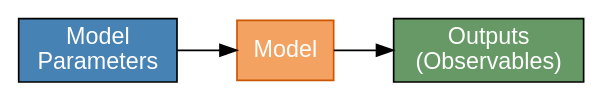
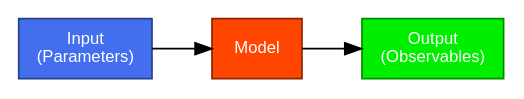
Before and after one commit to marcora/bayesian_inference_with_stan: the first of 3 diagrams in rethinking.qmd, drawn with Graphviz. The commit also changed other lines of this file and 2 other files, not shown here.

Commit message:
Refine graphs

````diff
--- a/rethinking.qmd
+++ b/rethinking.qmd
@@ -25,13 +23,13 @@
 ```{dot}
 digraph G {
     rankdir=LR;
-    node [shape=box style=filled fontname="Helvetica" fontsize=14];
+    node [shape=box style=filled fontname="Helvetica" fontcolor=white fontsize=10];
 
-    Outputs [label="Outputs\n(Observables)", fillcolor="#669966", fontcolor=white];
-    Model [label="Model", fillcolor="#f4a261", fontcolor=white, color="#cc5500"];
-    Parameters [label="Model\nParameters", fillcolor="#4682b4", fontcolor=white];
+    Observables [label="Output\n(Observables)", fillcolor=green2, color=green4];
+    Model [label=<Model>, fillcolor=orangered, color=orangered4];
+    Parameters [label="Input\n(Parameters)", fillcolor=royalblue2, color=royalblue4];
 
-    Model -> Outputs;
-     Parameters -> Model;
+    Model -> Observables;
+    Parameters -> Model;
 }
 ```
````
